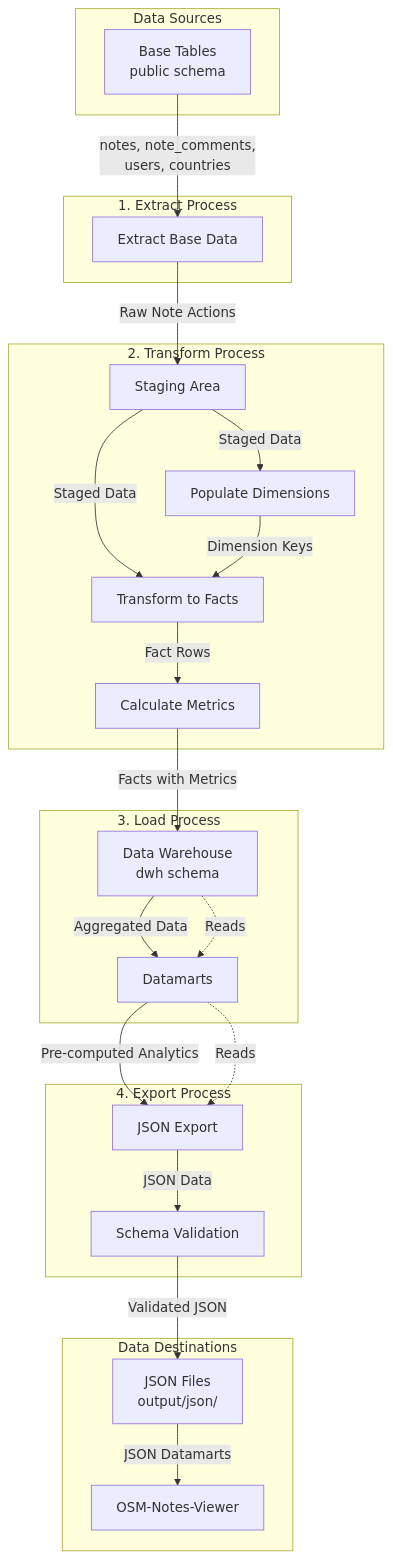
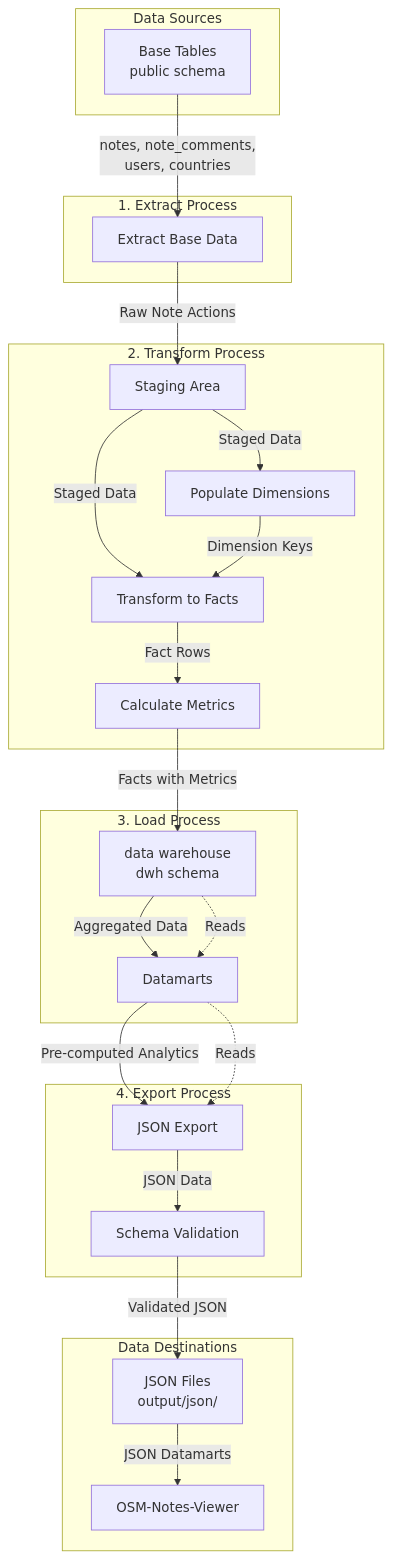
Before and after one commit to OSMLatam/OSM-Notes-Analytics: the second of 3 diagrams in docs/Data_Flow_Diagrams.md, drawn with Mermaid. The commit also changed other lines of this file and 12 other files, not shown here.

First line of the commit message:
docs: Standardize terminology for data warehouse across documentation

````diff
--- a/docs/Data_Flow_Diagrams.md
+++ b/docs/Data_Flow_Diagrams.md
@@ -68,52 +68,52 @@
 ```mermaid
 flowchart TD
     subgraph Sources["Data Sources"]
         BASE_TABLES[Base Tables<br/>public schema]
     end
     
     subgraph Extract["1. Extract Process"]
         EXTRACT[Extract Base Data]
     end
     
     subgraph Transform["2. Transform Process"]
         STAGING[Staging Area]
         DIMENSIONS[Populate Dimensions]
         FACTS[Transform to Facts]
         METRICS[Calculate Metrics]
     end
     
     subgraph Load["3. Load Process"]
-        DWH[Data Warehouse<br/>dwh schema]
+        DWH[data warehouse<br/>dwh schema]
         DATAMARTS[Datamarts]
     end
     
     subgraph Export["4. Export Process"]
         JSON_EXPORT[JSON Export]
         VALIDATION[Schema Validation]
     end
     
     subgraph Destinations["Data Destinations"]
         JSON_FILES[JSON Files<br/>output/json/]
         VIEWER_SYS[OSM-Notes-Viewer]
     end
     
     BASE_TABLES -->|notes, note_comments,<br/>users, countries| EXTRACT
     
     EXTRACT -->|Raw Note Actions| STAGING
     STAGING -->|Staged Data| DIMENSIONS
     STAGING -->|Staged Data| FACTS
     
     DIMENSIONS -->|Dimension Keys| FACTS
     FACTS -->|Fact Rows| METRICS
     METRICS -->|Facts with Metrics| DWH
     
     DWH -->|Aggregated Data| DATAMARTS
     DATAMARTS -->|Pre-computed Analytics| JSON_EXPORT
     
     JSON_EXPORT -->|JSON Data| VALIDATION
     VALIDATION -->|Validated JSON| JSON_FILES
     JSON_FILES -->|JSON Datamarts| VIEWER_SYS
     
     DWH -.->|Reads| DATAMARTS
     DATAMARTS -.->|Reads| JSON_EXPORT
 ```
````
